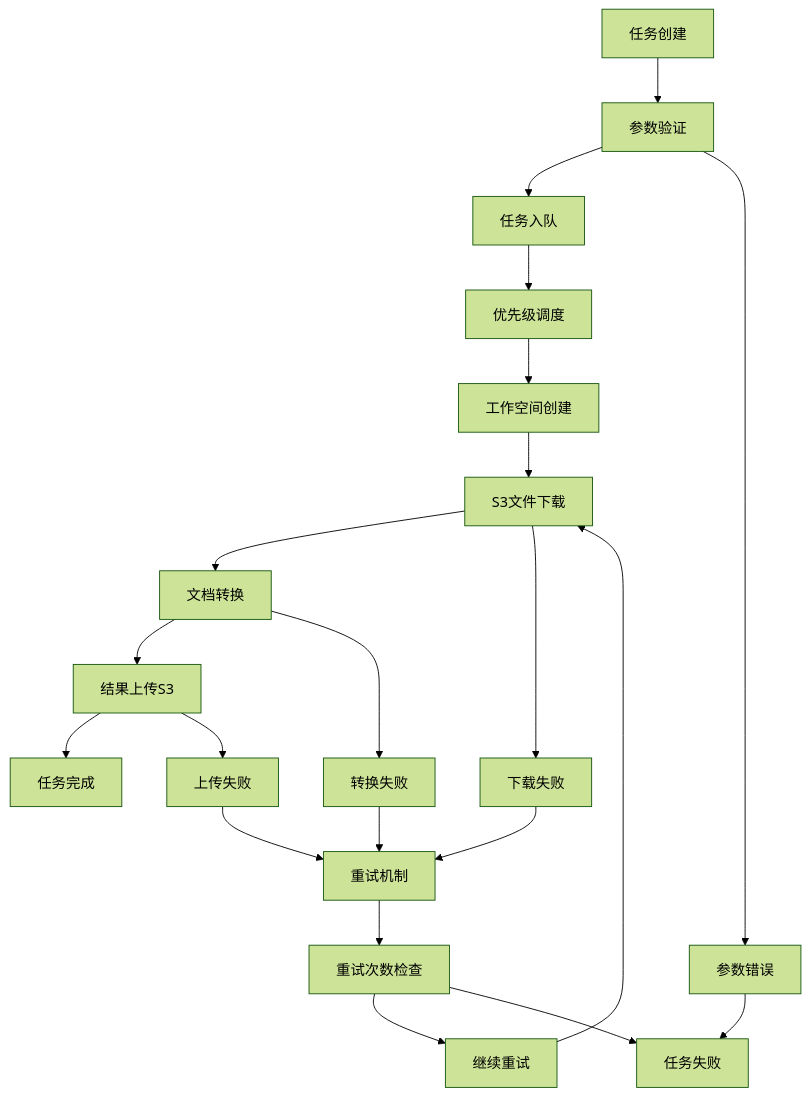
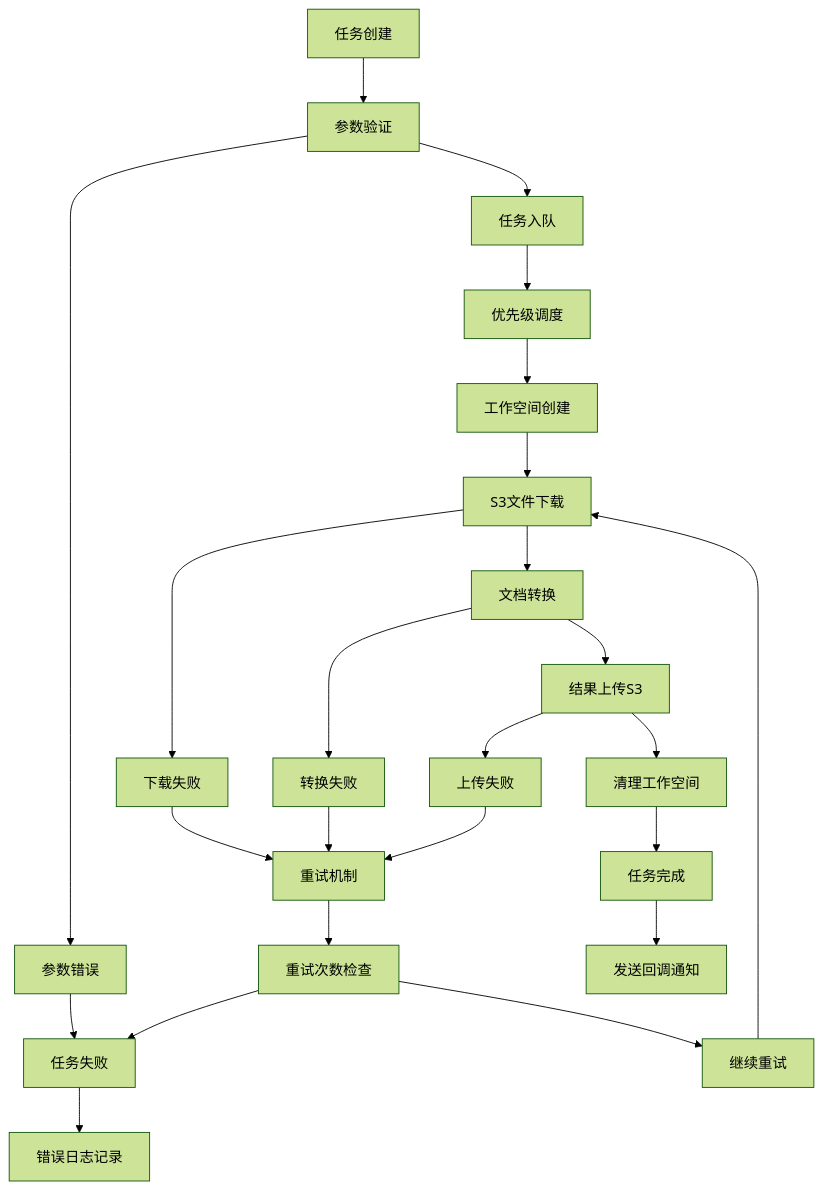
Before and after one commit to NanamiAkari/DocumentConvert: the first of 3 diagrams in .trae/documents/TASK_PROCESSING_GUIDE.md, drawn with Mermaid (forest theme). The commit also changed other lines of this file and 86 other files, not shown here.

````diff
--- a/.trae/documents/TASK_PROCESSING_GUIDE.md
+++ b/.trae/documents/TASK_PROCESSING_GUIDE.md
@@ -68,25 +105,29 @@
 ```mermaid
 graph TD
     A[任务创建] --> B[参数验证]
     B --> C[任务入队]
     C --> D[优先级调度]
     D --> E[工作空间创建]
     E --> F[S3文件下载]
     F --> G[文档转换]
     G --> H[结果上传S3]
-    H --> I[任务完成]
+    H --> I[清理工作空间]
+    I --> J[任务完成]
     
-    B --> J[参数错误]
-    F --> K[下载失败]
-    G --> L[转换失败]
-    H --> M[上传失败]
+    B --> K[参数错误]
+    F --> L[下载失败]
+    G --> M[转换失败]
+    H --> N[上传失败]
     
-    J --> N[任务失败]
-    K --> O[重试机制]
-    L --> O
-    M --> O
-    O --> P[重试次数检查]
-    P --> Q[继续重试]
-    P --> N
-    Q --> F
+    K --> O[任务失败]
+    L --> P[重试机制]
+    M --> P
+    N --> P
+    P --> Q[重试次数检查]
+    Q --> R[继续重试]
+    Q --> O
+    R --> F
+    
+    J --> S[发送回调通知]
+    O --> T[错误日志记录]
 ```
````
